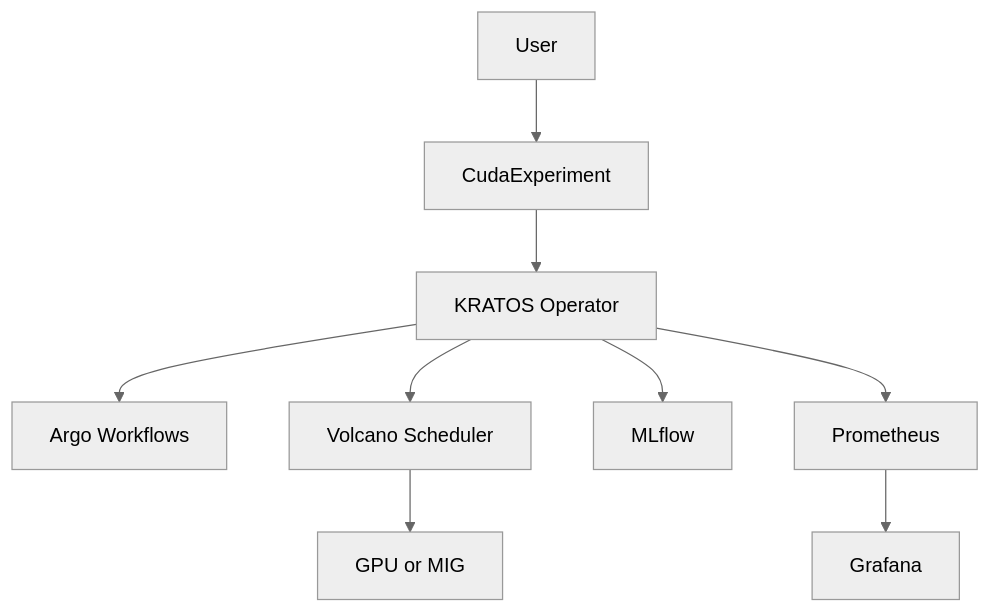
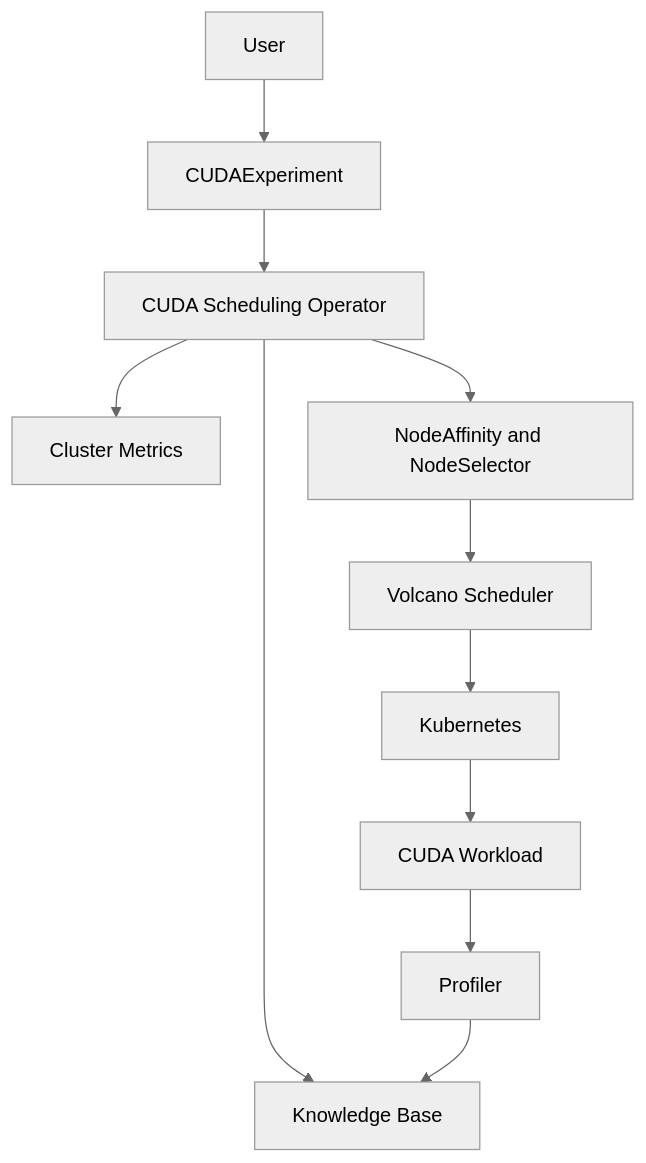
Before and after one commit to chirichexe/kratos: the diagram in docs/architecture/README.md, drawn with Mermaid (neutral theme). The commit also changed other lines of this file and 26 other files, not shown here.

Commit message:
chore: align scaffold with CUDA scheduling architecture

````diff
--- a/docs/architecture/README.md
+++ b/docs/architecture/README.md
@@ -12,11 +11,13 @@
 ```mermaid
 flowchart TB
-    user[User] --> cr[CudaExperiment]
-    cr --> operator[KRATOS Operator]
-    operator --> argo[Argo Workflows]
-    operator --> volcano[Volcano Scheduler]
-    operator --> mlflow[MLflow]
-    operator --> metrics[Prometheus]
-    volcano --> gpu[GPU or MIG]
-    metrics --> grafana[Grafana]
+    user[User] --> cr[CUDAExperiment]
+    cr --> operator[CUDA Scheduling Operator]
+    operator --> kb[Knowledge Base]
+    operator --> cluster[Cluster Metrics]
+    operator --> hints[NodeAffinity and NodeSelector]
+    hints --> volcano[Volcano Scheduler]
+    volcano --> kube[Kubernetes]
+    kube --> workload[CUDA Workload]
+    workload --> profiler[Profiler]
+    profiler --> kb
 ```
````
